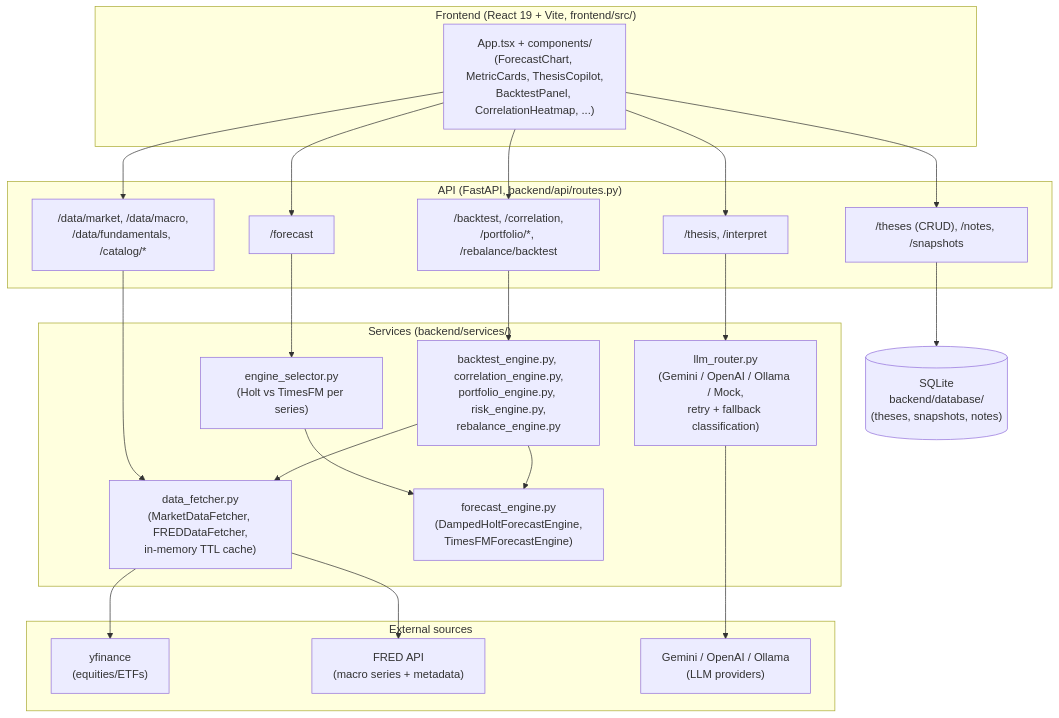
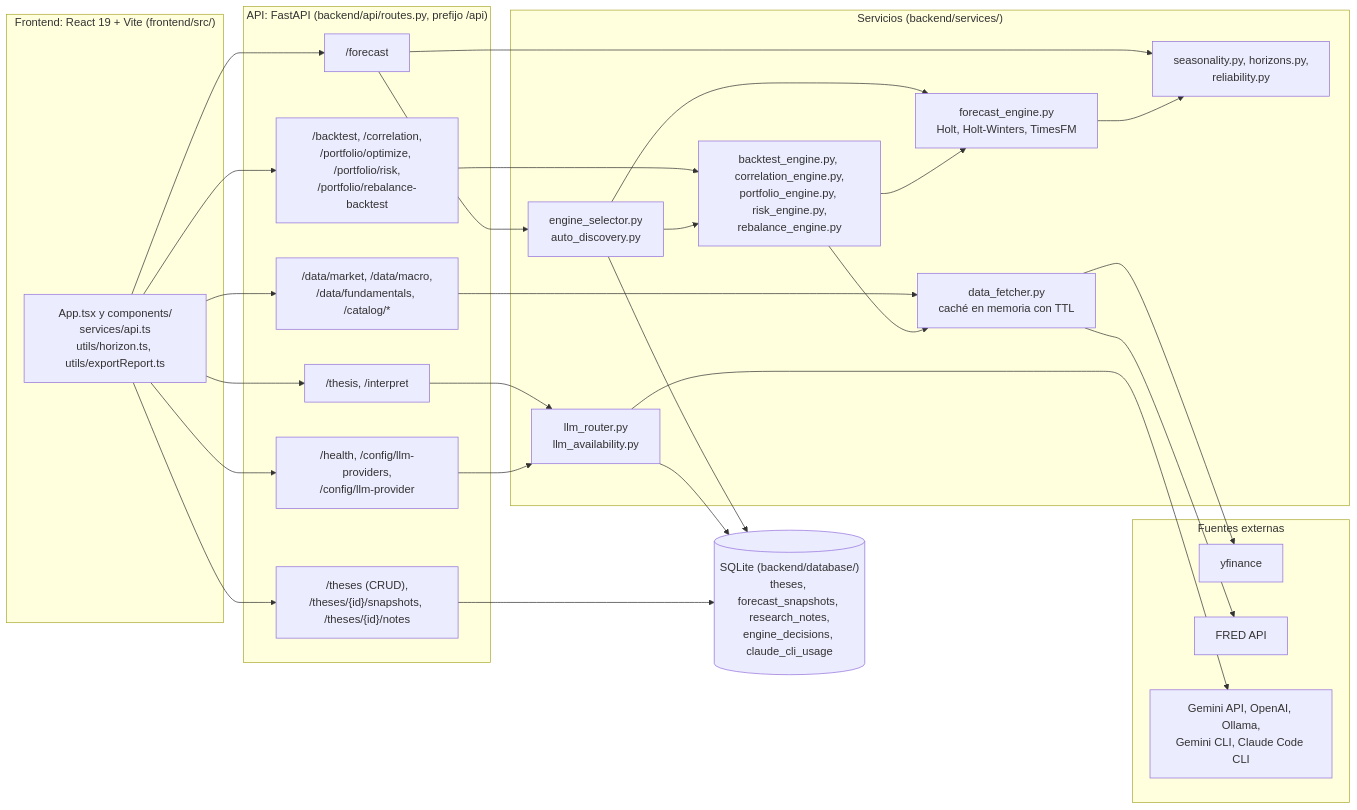
One commit to casper06/timeInvestor changed the first of 8 diagrams in docs/ARCHITECTURE.md. Above: the diagram before and after it, drawn with Mermaid. The commit also changed other lines of this file and 22 other files, not shown here.

````diff
--- a/docs/ARCHITECTURE.md
+++ b/docs/ARCHITECTURE.md
@@ -176,46 +10,51 @@
 ```mermaid
-graph TD
-    subgraph Frontend["Frontend (React 19 + Vite, frontend/src/)"]
-        UI["App.tsx + components/\n(ForecastChart, MetricCards, ThesisCopilot,\nBacktestPanel, CorrelationHeatmap, ...)"]
+flowchart LR
+    subgraph FE["Frontend: React 19 + Vite (frontend/src/)"]
+        APP["App.tsx y components/<br/>services/api.ts<br/>utils/horizon.ts, utils/exportReport.ts"]
     end
 
-    subgraph API["API (FastAPI, backend/api/routes.py)"]
-        R1["/thesis, /interpret"]
-        R2["/data/market, /data/macro,\n/data/fundamentals, /catalog/*"]
-        R3["/forecast"]
-        R4["/backtest, /correlation,\n/portfolio/*, /rebalance/backtest"]
-        R5["/theses (CRUD), /notes, /snapshots"]
+    subgraph API["API: FastAPI (backend/api/routes.py, prefijo /api)"]
+        RT["/thesis, /interpret"]
+        RD["/data/market, /data/macro,<br/>/data/fundamentals, /catalog/*"]
+        RF["/forecast"]
+        RQ["/backtest, /correlation,<br/>/portfolio/optimize, /portfolio/risk,<br/>/portfolio/rebalance-backtest"]
+        RP["/theses (CRUD),<br/>/theses/{id}/snapshots, /theses/{id}/notes"]
+        RC["/health, /config/llm-providers,<br/>/config/llm-provider"]
     end
 
-    subgraph Services["Services (backend/services/)"]
-        S1["llm_router.py\n(Gemini / OpenAI / Ollama / Mock,\nretry + fallback classification)"]
-        S2["data_fetcher.py\n(MarketDataFetcher, FREDDataFetcher,\nin-memory TTL cache)"]
-        S3["engine_selector.py\n(Holt vs TimesFM per series)"]
-        S4["forecast_engine.py\n(DampedHoltForecastEngine,\nTimesFMForecastEngine)"]
-        S5["backtest_engine.py, correlation_engine.py,\nportfolio_engine.py, risk_engine.py,\nrebalance_engine.py"]
+    subgraph SV["Servicios (backend/services/)"]
+        LLM["llm_router.py<br/>llm_availability.py"]
+        DF["data_fetcher.py<br/>caché en memoria con TTL"]
+        SEL["engine_selector.py<br/>auto_discovery.py"]
+        ENG["forecast_engine.py<br/>Holt, Holt-Winters, TimesFM"]
+        AUX["seasonality.py, horizons.py,<br/>reliability.py"]
+        QNT["backtest_engine.py, correlation_engine.py,<br/>portfolio_engine.py, risk_engine.py,<br/>rebalance_engine.py"]
     end
 
-    subgraph External["External sources"]
-        X1["yfinance\n(equities/ETFs)"]
-        X2["FRED API\n(macro series + metadata)"]
-        X3["Gemini / OpenAI / Ollama\n(LLM providers)"]
+    subgraph EXT["Fuentes externas"]
+        YF["yfinance"]
+        FRED["FRED API"]
+        LLMX["Gemini API, OpenAI, Ollama,<br/>Gemini CLI, Claude Code CLI"]
     end
 
-    DB[("SQLite\nbackend/database/\n(theses, snapshots, notes)")]
+    DB[("SQLite (backend/database/)<br/>theses, forecast_snapshots, research_notes,<br/>engine_decisions, claude_cli_usage")]
 
-    UI --> R1 & R2 & R3 & R4 & R5
-
-    R1 --> S1
-    R2 --> S2
-    R3 --> S3
-    R4 --> S5
-    R5 --> DB
-
-    S3 --> S4
-    S5 --> S2
-    S5 --> S4
-
-    S1 --> X3
-    S2 --> X1
-    S2 --> X2
+    APP --> RT & RD & RF & RQ & RP & RC
+    RT --> LLM
+    RC --> LLM
+    RD --> DF
+    RF --> SEL
+    RF --> AUX
+    RQ --> QNT
+    RP --> DB
+    SEL --> ENG
+    SEL --> DB
+    SEL --> QNT
+    QNT --> DF
+    QNT --> ENG
+    ENG --> AUX
+    LLM --> LLMX
+    LLM --> DB
+    DF --> YF
+    DF --> FRED
 ```
````
